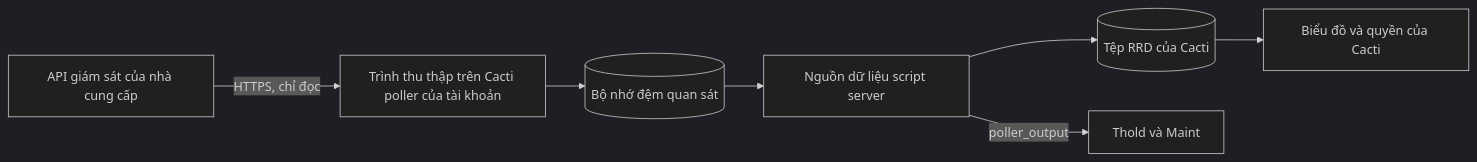
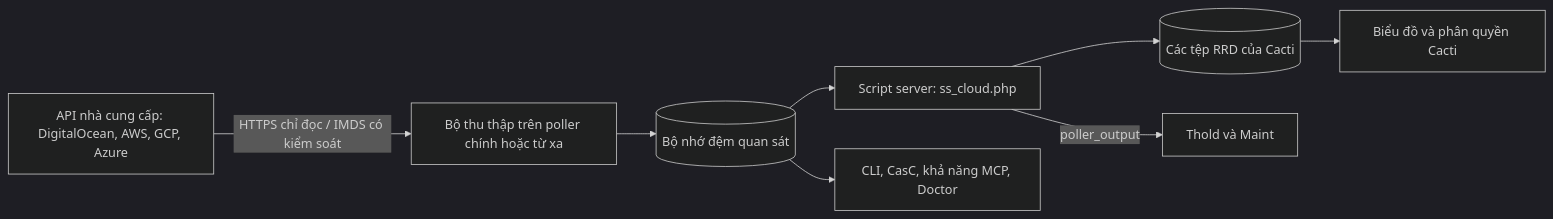
The diagram in docs/i18n/vi-VN/README.md (somethingwithproof/plugin_cloud), drawn with Mermaid (dark theme) before and after one commit. The commit also changed other lines of this file and 48 other files, not shown here.

First line of the commit message:
docs(readme): document AWS, GCP, Azure drivers, remote collectors, and ecosystem hooks

````diff
--- a/docs/i18n/vi-VN/README.md
+++ b/docs/i18n/vi-VN/README.md
@@ -110,9 +148,10 @@
 ```mermaid
 flowchart LR
-    API[API giám sát của nhà cung cấp] -->|HTTPS, chỉ đọc| C[Trình thu thập trên Cacti poller của tài khoản]
+    API[API nhà cung cấp: DigitalOcean, AWS, GCP, Azure] -->|HTTPS chỉ đọc / IMDS có kiểm soát| C[Bộ thu thập trên poller chính hoặc từ xa]
     C --> O[(Bộ nhớ đệm quan sát)]
-    O --> SS[Nguồn dữ liệu script server]
-    SS --> RRD[(Tệp RRD của Cacti)]
+    O --> SS[Script server: ss_cloud.php]
+    SS --> RRD[(Các tệp RRD của Cacti)]
     SS -->|poller_output| T[Thold và Maint]
-    RRD --> G[Biểu đồ và quyền của Cacti]
+    RRD --> G[Biểu đồ và phân quyền Cacti]
+    O --> ECO[CLI, CasC, khả năng MCP, Doctor]
 ```
````
